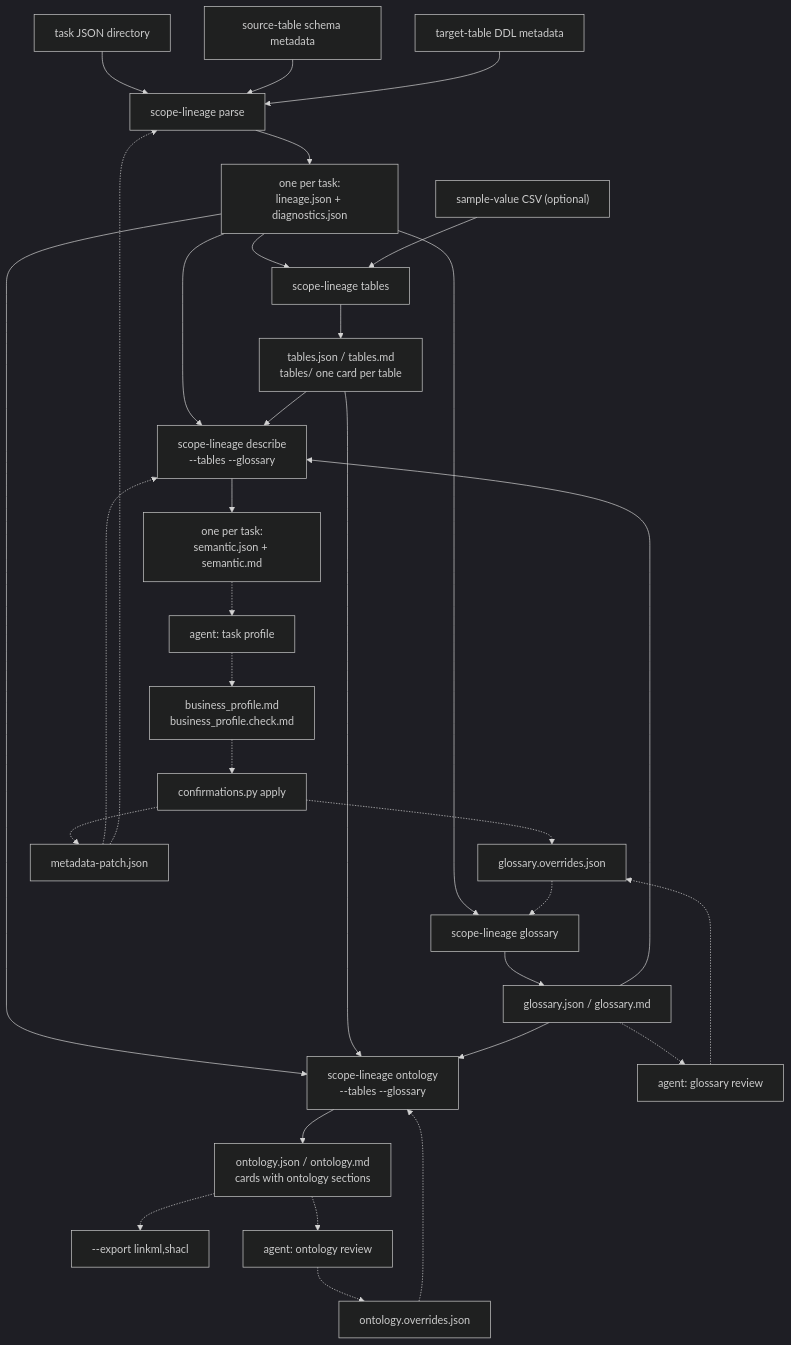
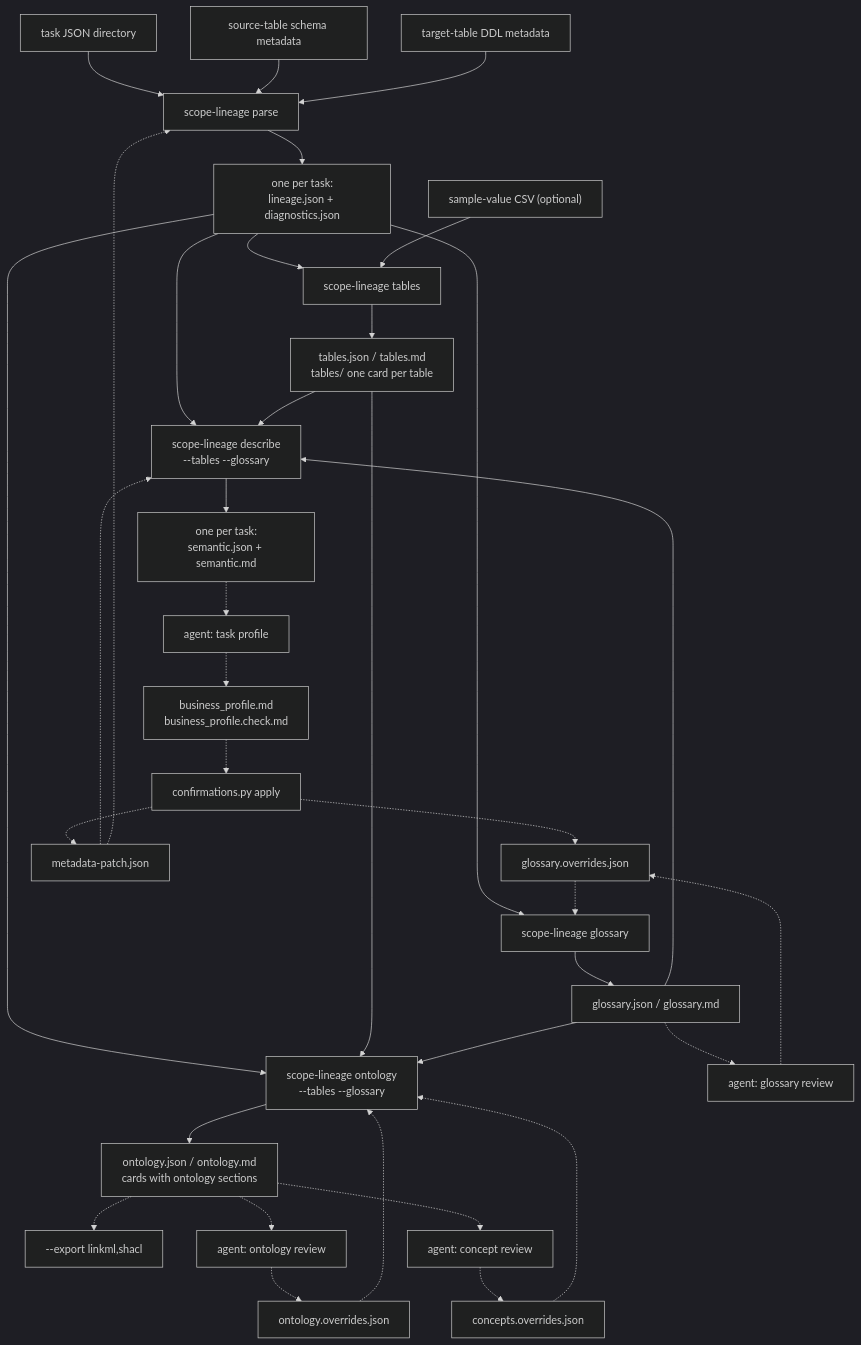
The diagram in docs/en/workflow.md (realyin/scope-lineage), drawn with Mermaid (dark theme) before and after one commit. The commit also changed other lines of this file and 19 other files, not shown here.

Commit message:
feat(ontology): concept layer rendered (Mermaid + tables + card section 7), concept review prompt and concepts.overrides.json round trip (K4)

````diff
--- a/docs/en/workflow.md
+++ b/docs/en/workflow.md
@@ -16,40 +16,43 @@
 ```mermaid
 flowchart TD
     IN_TASK["task JSON directory"] --> PARSE
     IN_SCHEMA["source-table schema metadata"] --> PARSE
     IN_DDL["target-table DDL metadata"] --> PARSE
     PARSE["scope-lineage parse"] --> FACTS["one per task:<br/>lineage.json + diagnostics.json"]
 
     FACTS --> TABLES["scope-lineage tables"]
     FACTS --> GLOSSARY["scope-lineage glossary"]
     IN_SAMPLES["sample-value CSV (optional)"] --> TABLES
     TABLES --> CARDS["tables.json / tables.md<br/>tables/ one card per table"]
     GLOSSARY --> DICT["glossary.json / glossary.md"]
 
     FACTS --> DESCRIBE["scope-lineage describe<br/>--tables --glossary"]
     CARDS --> DESCRIBE
     DICT --> DESCRIBE
     DESCRIBE --> SEMANTIC["one per task:<br/>semantic.json + semantic.md"]
 
     FACTS --> ONTOLOGY["scope-lineage ontology<br/>--tables --glossary"]
     CARDS --> ONTOLOGY
     DICT --> ONTOLOGY
     ONTOLOGY --> ONTO_OUT["ontology.json / ontology.md<br/>cards with ontology sections"]
     ONTO_OUT -.-> EXPORT["--export linkml,shacl"]
 
     SEMANTIC -.-> AGENT_PROFILE["agent: task profile"]
     AGENT_PROFILE -.-> PROFILE_MD["business_profile.md<br/>business_profile.check.md"]
     PROFILE_MD -.-> APPLY["confirmations.py apply"]
     APPLY -.-> G_OVR["glossary.overrides.json"]
     APPLY -.-> PATCH["metadata-patch.json"]
 
     DICT -.-> AGENT_GLOSSARY["agent: glossary review"]
     AGENT_GLOSSARY -.-> G_OVR
     ONTO_OUT -.-> AGENT_ONTOLOGY["agent: ontology review"]
     AGENT_ONTOLOGY -.-> O_OVR["ontology.overrides.json"]
+    ONTO_OUT -.-> AGENT_CONCEPT["agent: concept review"]
+    AGENT_CONCEPT -.-> C_OVR["concepts.overrides.json"]
 
     G_OVR -.-> GLOSSARY
     O_OVR -.-> ONTOLOGY
+    C_OVR -.-> ONTOLOGY
     PATCH -.-> DESCRIBE
     PATCH -.-> PARSE
 ```
````
